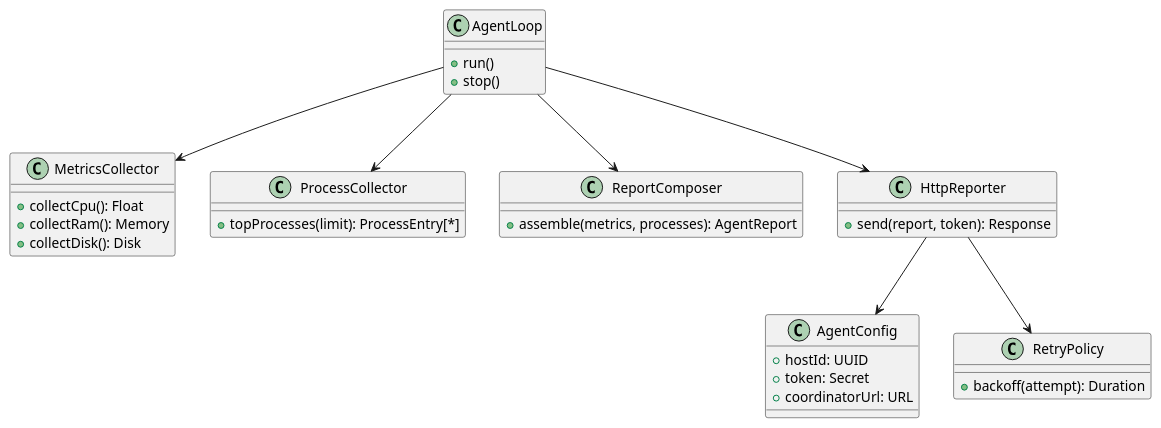
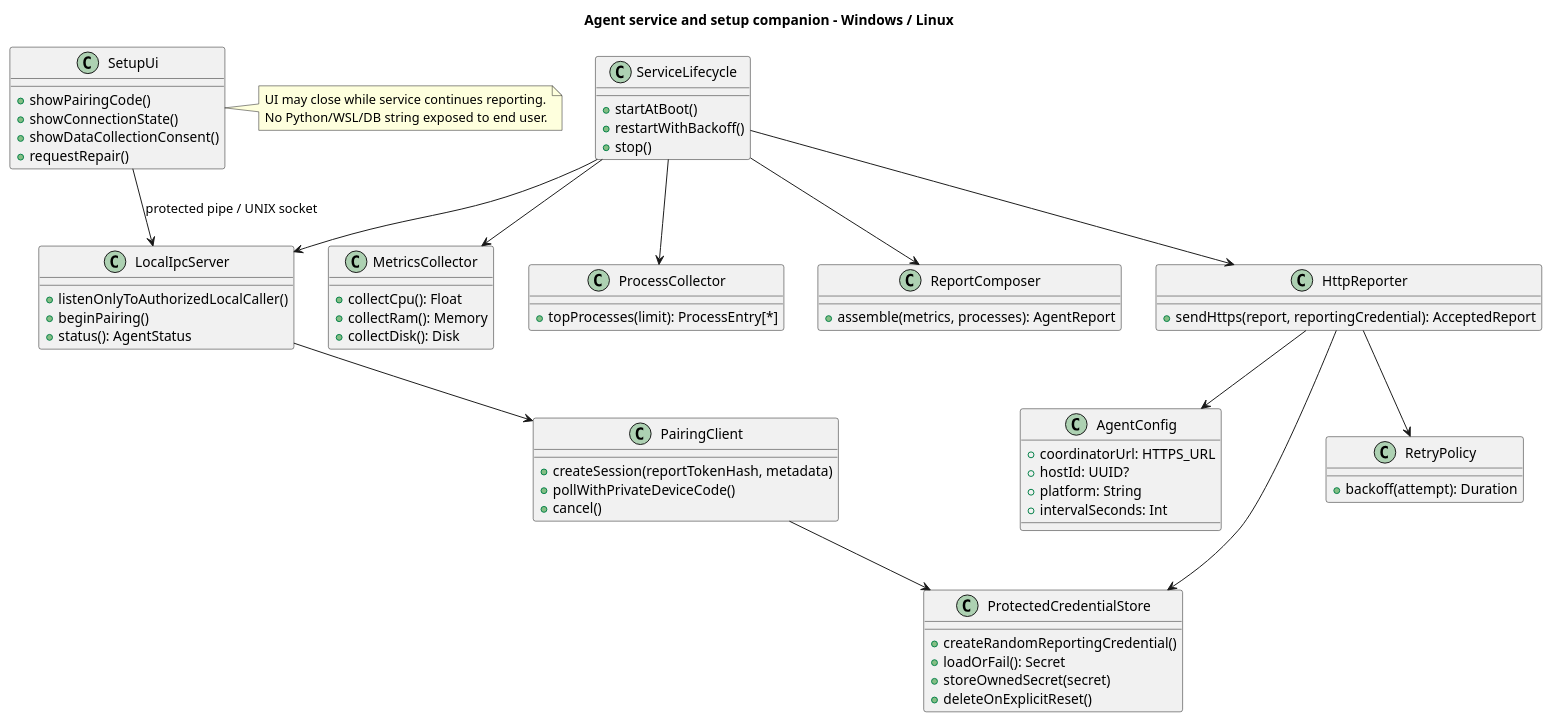
One commit to Adam-BArbia/fleetluma changed the diagram in docs/uml/plantuml/05_class_agent.puml. Above: the diagram before and after it, drawn with PlantUML.

Commit message:
docs(FL-31): synchronize 05_class_agent.puml with cloud pairing model

```diff
--- a/docs/uml/plantuml/05_class_agent.puml
+++ b/docs/uml/plantuml/05_class_agent.puml
@@ -1,34 +1,68 @@
 @startuml 05_class_agent
+title Agent service and setup companion - Windows / Linux
 class AgentConfig {
-  +hostId: UUID
-  +token: Secret
-  +coordinatorUrl: URL
+ +coordinatorUrl: HTTPS_URL
+ +hostId: UUID?
+ +platform: String
+ +intervalSeconds: Int
+}
+class ProtectedCredentialStore {
+ +createRandomReportingCredential()
+ +loadOrFail(): Secret
+ +storeOwnedSecret(secret)
+ +deleteOnExplicitReset()
+}
+class LocalIpcServer {
+ +listenOnlyToAuthorizedLocalCaller()
+ +beginPairing()
+ +status(): AgentStatus
+}
+class SetupUi {
+ +showPairingCode()
+ +showConnectionState()
+ +showDataCollectionConsent()
+ +requestRepair()
+}
+class PairingClient {
+ +createSession(reportTokenHash, metadata)
+ +pollWithPrivateDeviceCode()
+ +cancel()
+}
+class ServiceLifecycle {
+ +startAtBoot()
+ +restartWithBackoff()
+ +stop()
 }
 class MetricsCollector {
-  +collectCpu(): Float
-  +collectRam(): Memory
-  +collectDisk(): Disk
+ +collectCpu(): Float
+ +collectRam(): Memory
+ +collectDisk(): Disk
 }
 class ProcessCollector {
-  +topProcesses(limit): ProcessEntry[*]
+ +topProcesses(limit): ProcessEntry[*]
 }
 class ReportComposer {
-  +assemble(metrics, processes): AgentReport
+ +assemble(metrics, processes): AgentReport
 }
 class HttpReporter {
-  +send(report, token): Response
+ +sendHttps(report, reportingCredential): AcceptedReport
 }
 class RetryPolicy {
-  +backoff(attempt): Duration
+ +backoff(attempt): Duration
 }
-class AgentLoop {
-  +run()
-  +stop()
-}
-AgentLoop --> MetricsCollector
-AgentLoop --> ProcessCollector
-AgentLoop --> ReportComposer
-AgentLoop --> HttpReporter
+SetupUi --> LocalIpcServer : protected pipe / UNIX socket
+LocalIpcServer --> PairingClient
+PairingClient --> ProtectedCredentialStore
+ServiceLifecycle --> LocalIpcServer
+ServiceLifecycle --> MetricsCollector
+ServiceLifecycle --> ProcessCollector
+ServiceLifecycle --> ReportComposer
+ServiceLifecycle --> HttpReporter
+HttpReporter --> ProtectedCredentialStore
 HttpReporter --> RetryPolicy
 HttpReporter --> AgentConfig
+note right of SetupUi
+ UI may close while service continues reporting.
+ No Python/WSL/DB string exposed to end user.
+end note
 @enduml
```
